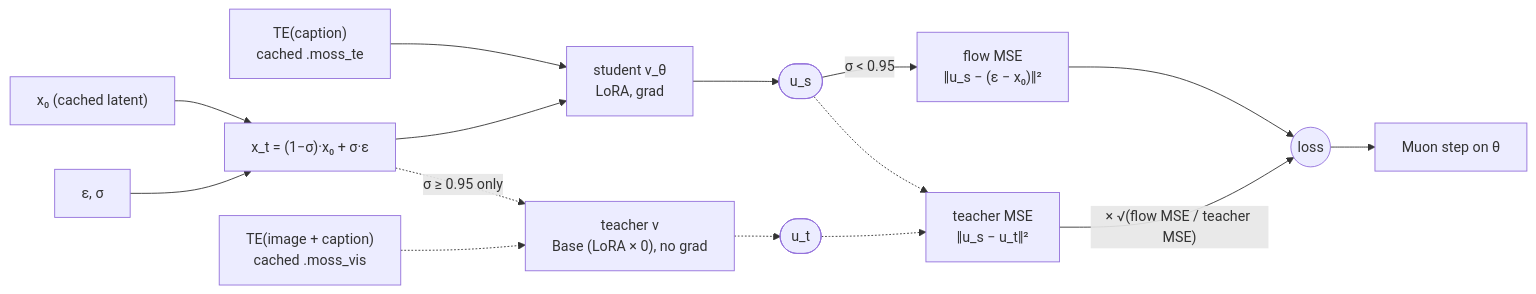
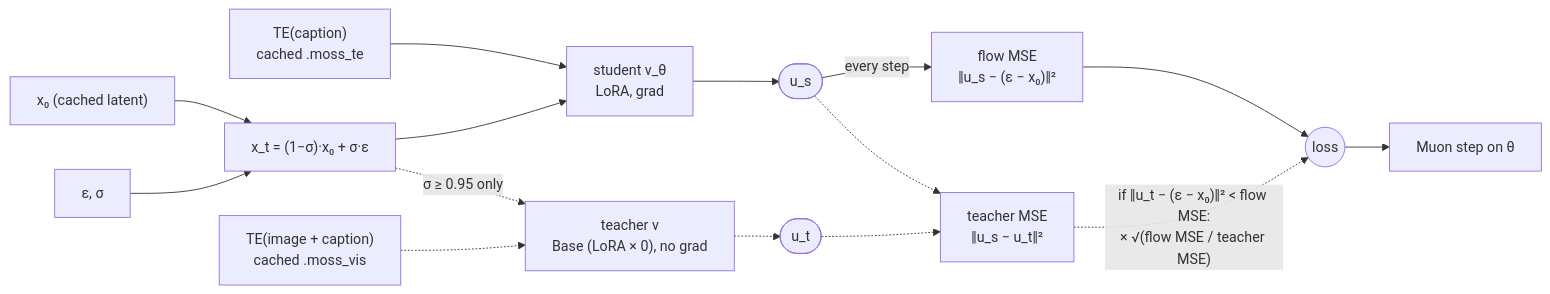
The first of 2 diagrams in docs/moss/experimental/self_distill.md (sorryhyun/anima_lora), drawn with Mermaid before and after one commit. The commit also changed other lines of this file and 20 other files, not shown here.

````diff
--- a/docs/moss/experimental/self_distill.md
+++ b/docs/moss/experimental/self_distill.md
@@ -19,20 +23,20 @@
 ```mermaid
 flowchart LR
     x0["x₀ (cached latent)"] --> xt
     eps["ε, σ"] --> xt["x_t = (1−σ)·x₀ + σ·ε"]
 
     cap["TE(caption)<br/>cached .moss_te"] --> S
     xt --> S["student v_θ<br/>LoRA, grad"]
     S --> us(["u_s"])
 
-    us -->|"σ < 0.95"| FM["flow MSE<br/>‖u_s − (ε − x₀)‖²"]
+    us -->|"every step"| FM["flow MSE<br/>‖u_s − (ε − x₀)‖²"]
     xt -.->|"σ ≥ 0.95 only"| T
     img["TE(image + caption)<br/>cached .moss_vis"] -.-> T["teacher v<br/>Base (LoRA × 0), no grad"]
     T -.-> ut(["u_t"])
     us -.-> D["teacher MSE<br/>‖u_s − u_t‖²"]
     ut -.-> D
 
     FM --> L(("loss"))
-    D -->|"× √(flow MSE / teacher MSE)"| L
+    D -.->|"if ‖u_t − (ε − x₀)‖² < flow MSE:<br/>× √(flow MSE / teacher MSE)"| L
     L --> step["Muon step on θ"]
 ```
````
